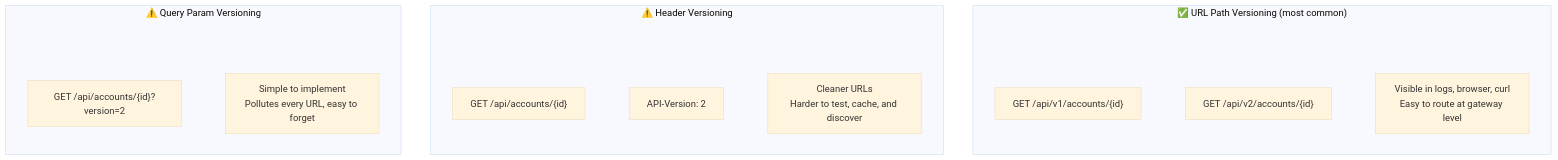
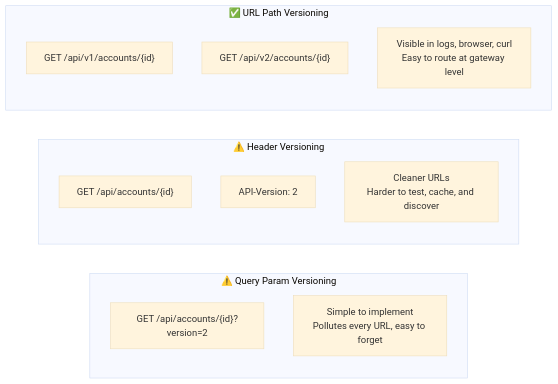
The second of 6 diagrams in internal/fundamentals/api-lifecycle-and-deployment/01-versioning.md (romangurevitch/GoTraining), drawn with Mermaid (base theme) before and after one commit. The commit also changed other lines of this file and 20 other files, not shown here.

````diff
--- a/internal/fundamentals/api-lifecycle-and-deployment/01-versioning.md
+++ b/internal/fundamentals/api-lifecycle-and-deployment/01-versioning.md
@@ -33,29 +35,26 @@
 ```mermaid
-graph TB
-    subgraph URLPath["✅ URL Path Versioning (most common)"]
-        SPACE1["  "]
+graph TD
+    subgraph URLPath["✅ URL Path Versioning"]
+        direction TB
         U1["GET /api/v1/accounts/{id}"]
         U2["GET /api/v2/accounts/{id}"]
         U3["Visible in logs, browser, curl<br/>Easy to route at gateway level"]
-        U1 ~~~ U2 ~~~ U3
     end
 
+    URLPath ~~~ Header
+
     subgraph Header["⚠️ Header Versioning"]
-        SPACE2["  "]
+        direction TB
         H1["GET /api/accounts/{id}"]
         H2["API-Version: 2"]
         H3["Cleaner URLs<br/>Harder to test, cache, and discover"]
-        H1 ~~~ H2 ~~~ H3
     end
 
+    Header ~~~ Query
+
     subgraph Query["⚠️ Query Param Versioning"]
-        SPACE3["  "]
+        direction TB
         Q1["GET /api/accounts/{id}?version=2"]
         Q2["Simple to implement<br/>Pollutes every URL, easy to forget"]
-        Q1 ~~~ Q2
     end
-
-    style SPACE1 fill:none,stroke:none
-    style SPACE2 fill:none,stroke:none
-    style SPACE3 fill:none,stroke:none
 ```
````
